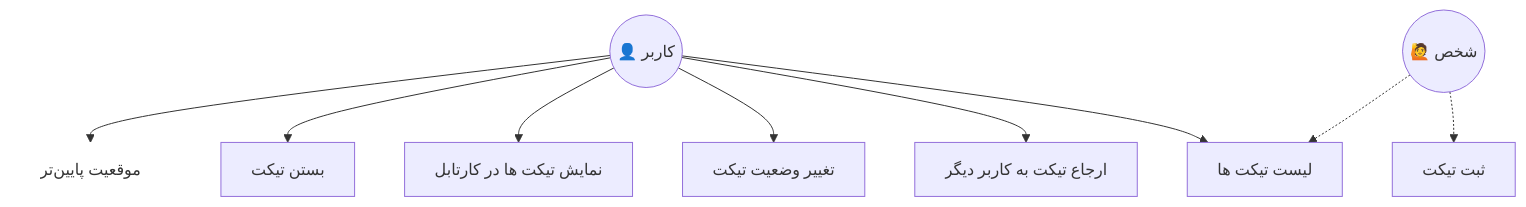
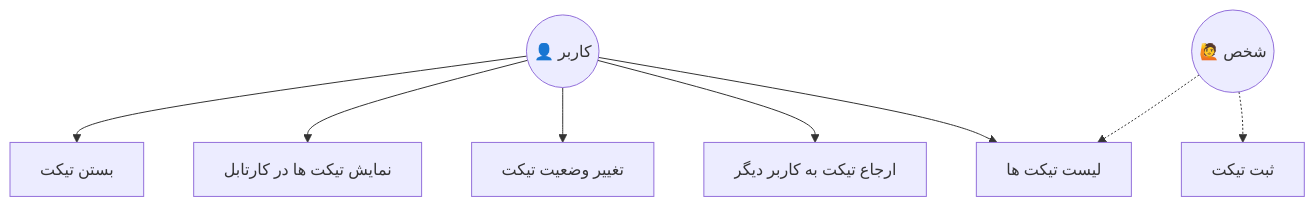
One commit to samadelmakchi/blogs changed the second of 2 diagrams in ticketing.md. Above: the diagram before and after it, drawn with Mermaid. The commit also changed other lines of this file, not shown here.

````diff
--- a/ticketing.md
+++ b/ticketing.md
@@ -52,29 +64,25 @@
 ```mermaid
-
 graph TD
 
   %% actors
   actor1((👤 کاربر))
   actor2((🙋 شخص))
 
   %% use cases
   UC1[ثبت تیکت]
   UC2[لیست تیکت ها]
   UC3[ارجاع تیکت به کاربر دیگر]
   UC4[تغییر وضعیت تیکت]
   UC5[نمایش تیکت ها در کارتابل]
   UC6[بستن تیکت]
 
   actor2 -.-> UC1
   actor2 -.-> UC2
 
   actor1 --> UC2
   actor1 --> UC3
   actor1 --> UC4
   actor1 --> UC5
   actor1 --> UC6
 
-  %% جایگاه پایین برای مدیر سیستم
-  actor1 --> Z[موقعیت پایین‌تر]
-  style Z fill:transparent, stroke:transparent
 ```
````
